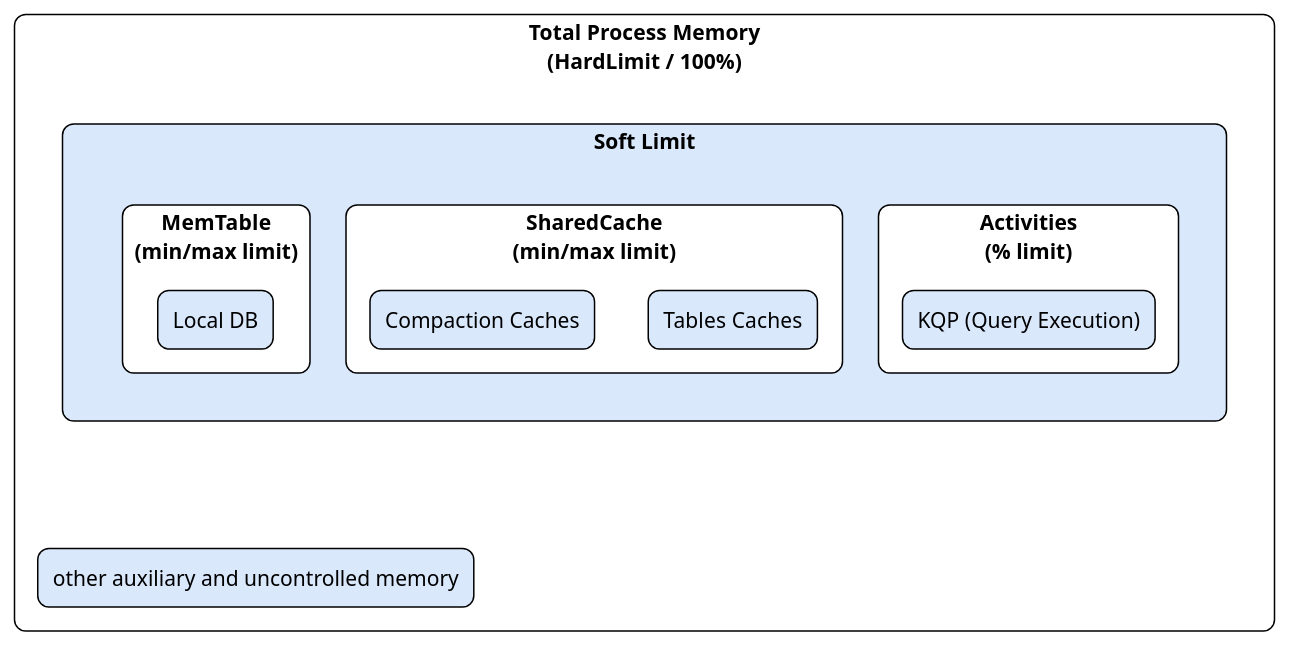
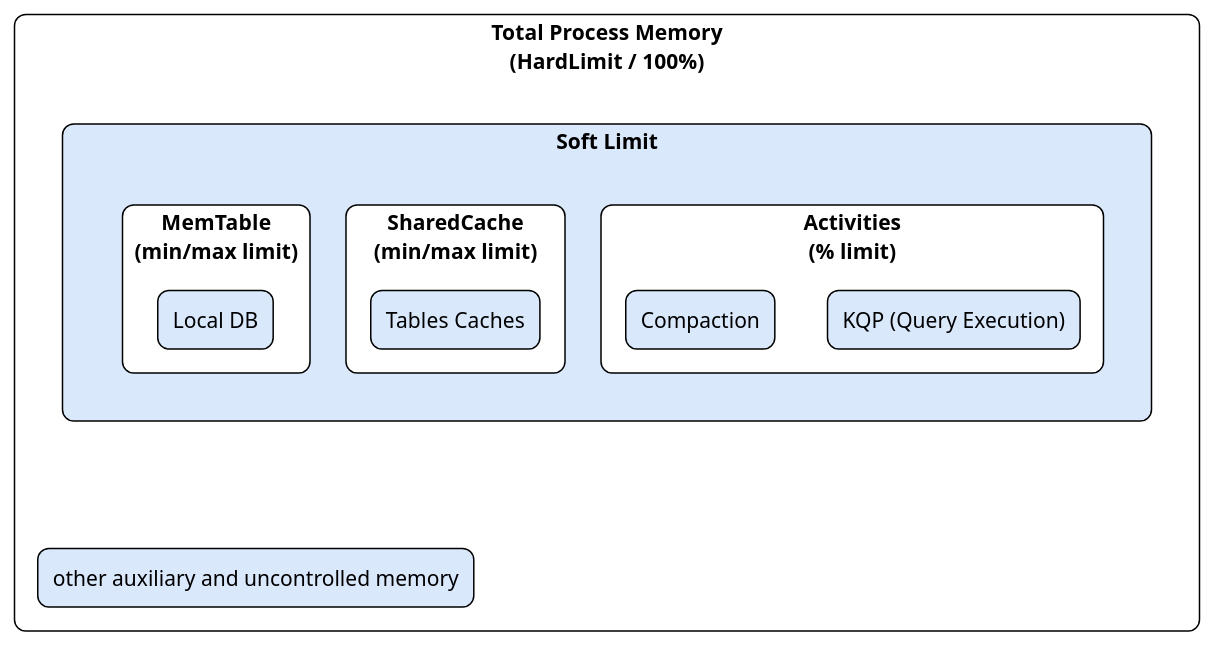
The diagram in ydb/docs/en/core/_assets/memory_controller.plantuml (ydb-platform/ydb), drawn with PlantUML before and after one commit. The commit also changed 5 other files, not shown here.

```diff
--- a/ydb/docs/en/core/_assets/memory_controller.plantuml
+++ b/ydb/docs/en/core/_assets/memory_controller.plantuml
@@ -1,32 +1,32 @@
 @startuml
 
 skinparam rectangle {
   BackgroundColor White
   BorderColor Black
   BorderThickness 1
   roundCorner 15
 }
 skinparam shadowing false
 
 rectangle "Total Process Memory\n(HardLimit / 100%)" as hard {
     rectangle "Soft Limit" as soft #DAE8FC {
 
         rectangle "Activities\n(% limit)" as act {
             rectangle "KQP (Query Execution)" as kqp #DAE8FC
+            rectangle "Compaction" as cc #DAE8FC
         }
 
         rectangle "SharedCache\n(min/max limit)" as shared {
             rectangle "Tables Caches" as ds #DAE8FC
-            rectangle "Compaction Caches" as cc #DAE8FC
         }
         rectangle "MemTable\n(min/max limit)" as mem {
             rectangle "Local DB" #DAE8FC
         }
 
     }
 
     rectangle "other auxiliary and uncontrolled memory" as uncontrolled #DAE8FC
     soft -down[hidden]--> uncontrolled
 
 }
 @enduml
```
